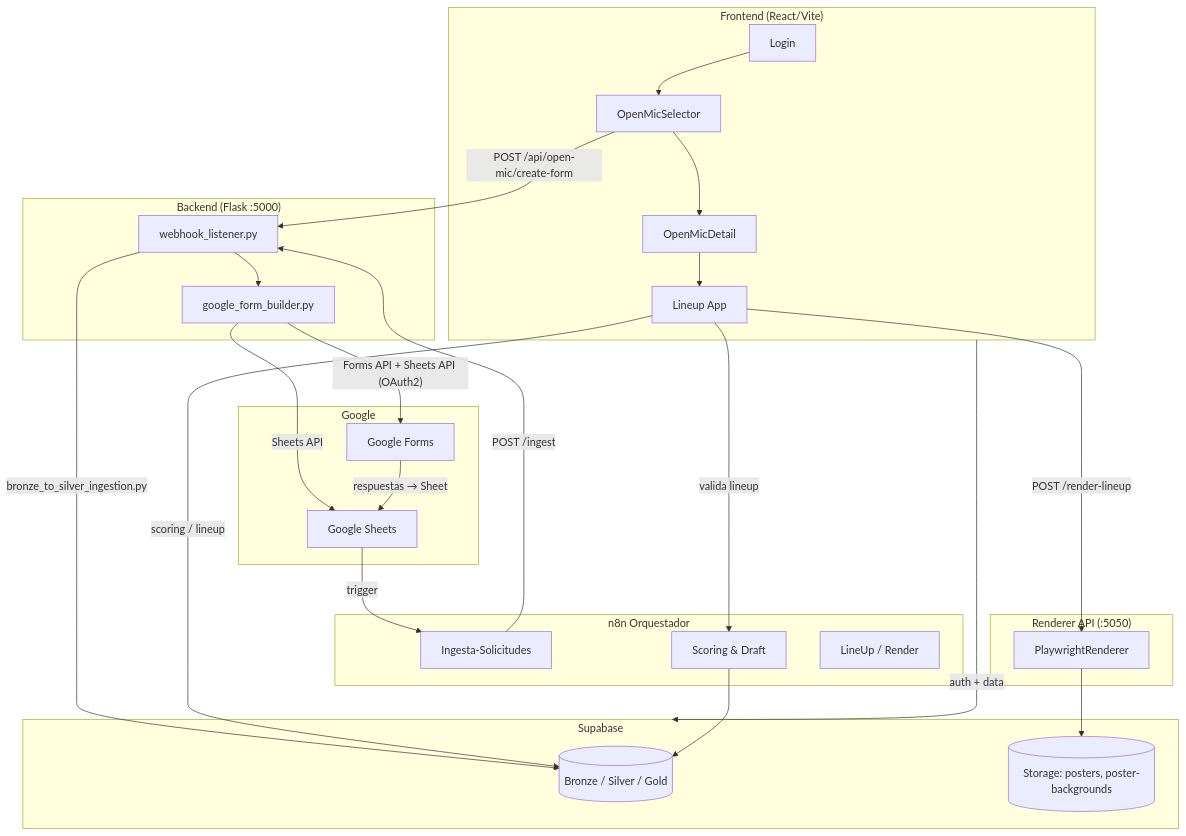
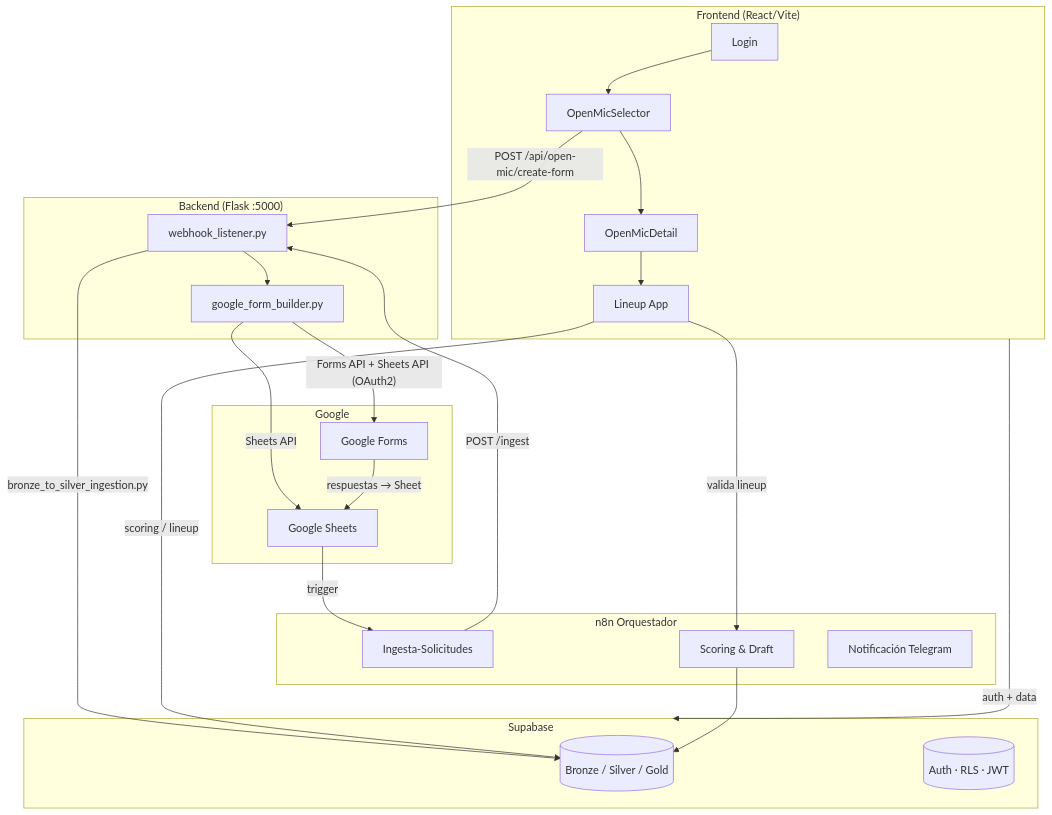
One commit to SAfonso/recova-project changed the diagram in docs/architecture.md. Above: the diagram before and after it, drawn with Mermaid. The commit also changed other lines of this file and 4 other files, not shown here.

First line of the commit message:
docs: eliminar referencias al poster en README y diagramas

````diff
--- a/docs/architecture.md
+++ b/docs/architecture.md
@@ -7,53 +7,46 @@
 ```mermaid
 flowchart TD
     subgraph Frontend ["Frontend (React/Vite)"]
         Login --> Selector[OpenMicSelector]
         Selector --> Detail[OpenMicDetail]
         Detail --> App[Lineup App]
     end
 
     subgraph Backend ["Backend (Flask :5000)"]
         WH[webhook_listener.py]
         FB[google_form_builder.py]
         WH --> FB
     end
 
     subgraph n8n ["n8n Orquestador"]
         Ingesta[Ingesta-Solicitudes]
         Scoring[Scoring & Draft]
-        Render[LineUp / Render]
+        Notif[Notificación Telegram]
     end
 
     subgraph Supabase
         DB[(Bronze / Silver / Gold)]
-        Storage[(Storage: posters, poster-backgrounds)]
+        Storage[(Auth · RLS · JWT)]
     end
 
     subgraph Google
         GF[Google Forms]
         GS[Google Sheets]
-    end
-
-    subgraph Renderer ["Renderer API (:5050)"]
-        Playwright[PlaywrightRenderer]
     end
 
     %% Flujo principal
     Selector -- "POST /api/open-mic/create-form" --> WH
     FB -- "Forms API + Sheets API (OAuth2)" --> GF
     FB -- "Sheets API" --> GS
 
     GF -- "respuestas → Sheet" --> GS
     GS -- "trigger" --> Ingesta
     Ingesta -- "POST /ingest" --> WH
     WH -- "bronze_to_silver_ingestion.py" --> DB
 
     App -- "scoring / lineup" --> DB
     App -- "valida lineup" --> Scoring
     Scoring --> DB
 
-    App -- "POST /render-lineup" --> Playwright
-    Playwright --> Storage
-
     Frontend -- "auth + data" --> Supabase
 ```
````
